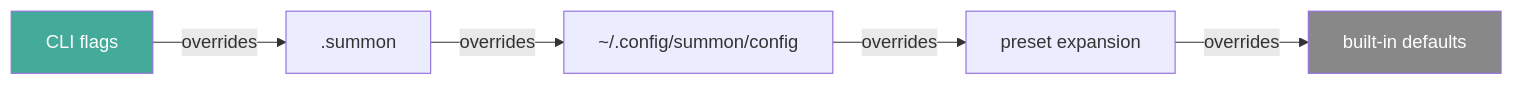
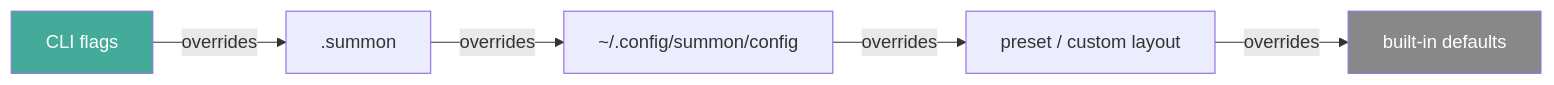
The fourth of 4 diagrams in docs/architecture.md (juan294/summon), drawn with Mermaid before and after one commit. The commit also changed other lines of this file and 6 other files, not shown here.

First line of the commit message:
docs: update all documentation for custom layout builder

````diff
--- a/docs/architecture.md
+++ b/docs/architecture.md
@@ -296,7 +332,7 @@
 ```mermaid
 flowchart LR
-    cli["CLI flags"] -->|overrides| summon[".summon"] -->|overrides| global["~/.config/summon/config"] -->|overrides| preset["preset expansion"] -->|overrides| defaults["built-in defaults"]
+    cli["CLI flags"] -->|overrides| summon[".summon"] -->|overrides| global["~/.config/summon/config"] -->|overrides| presetcustom["preset / custom layout"] -->|overrides| defaults["built-in defaults"]
 
     style cli fill:#4a9,color:#fff
     style defaults fill:#888,color:#fff
 ```
````
